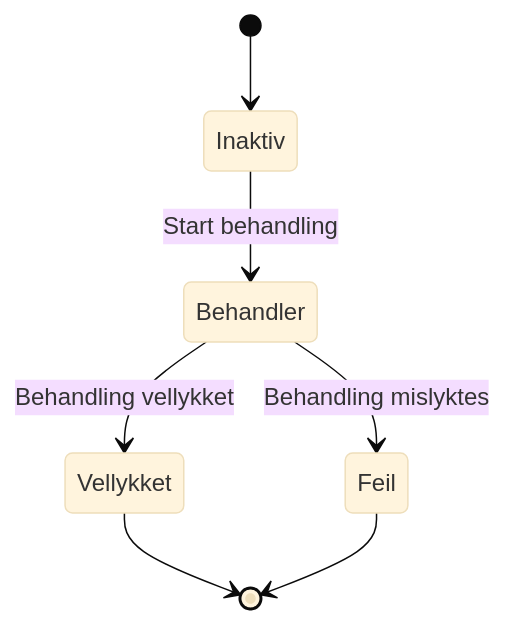
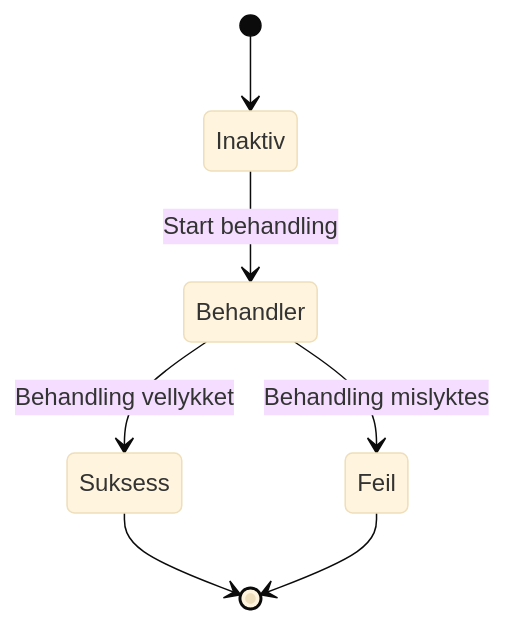
Before and after one commit to zccz14/CZON: the fifth of 7 diagrams in .czon/src/no-NO/8938d6aac9c056c06137a041b8e82379bfb619bb6d435b9ecec515337dd0cd69.md, drawn with Mermaid (base theme). The commit also changed other lines of this file and 148 other files, not shown here.

````diff
--- a/.czon/src/no-NO/8938d6aac9c056c06137a041b8e82379bfb619bb6d435b9ecec515337dd0cd69.md
+++ b/.czon/src/no-NO/8938d6aac9c056c06137a041b8e82379bfb619bb6d435b9ecec515337dd0cd69.md
@@ -91,9 +90,9 @@
 ```mermaid
 stateDiagram-v2
     [*] --> Inaktiv
     Inaktiv --> Behandler : Start behandling
-    Behandler --> Vellykket : Behandling vellykket
+    Behandler --> Suksess : Behandling vellykket
     Behandler --> Feil : Behandling mislyktes
-    Vellykket --> [*]
+    Suksess --> [*]
     Feil --> [*]
 ```
````
